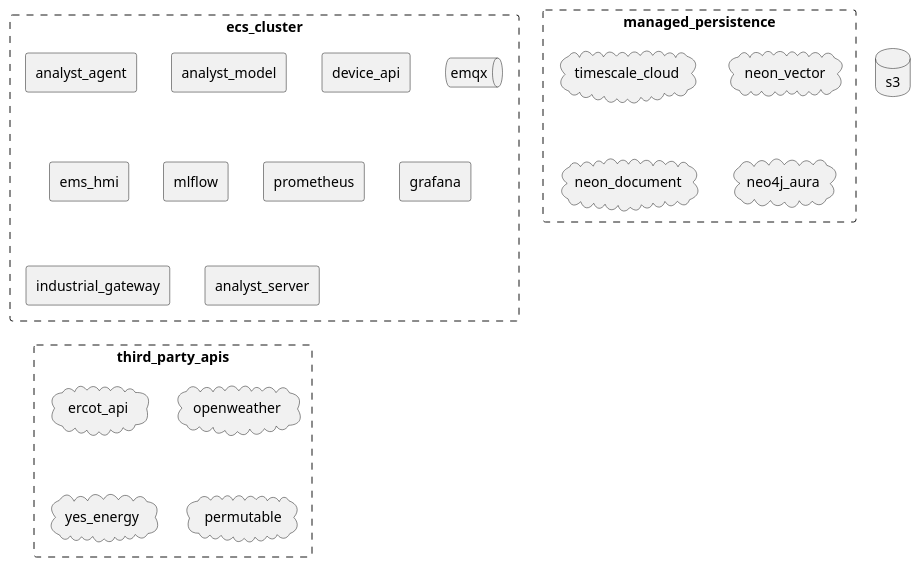
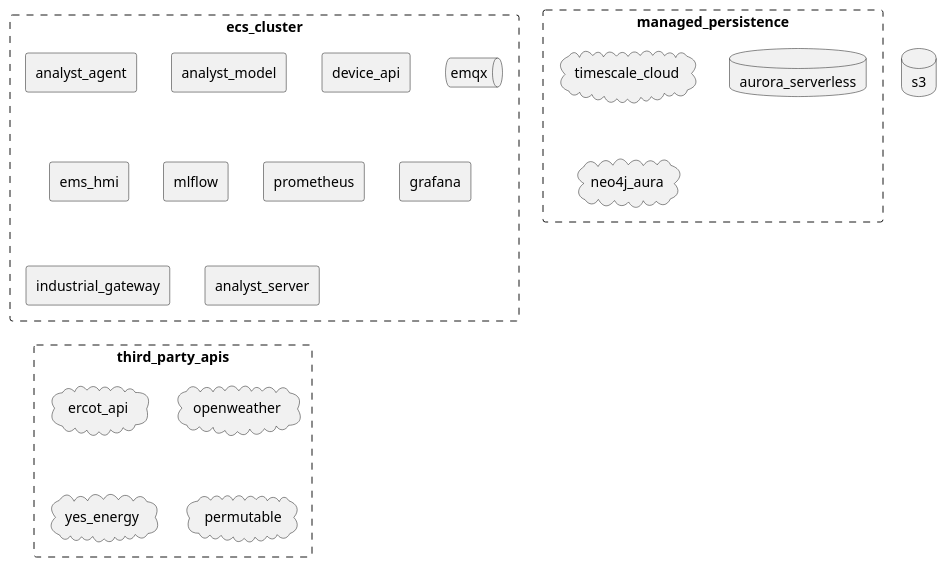
One commit to arcnode-io/ems changed the fourth of 6 diagrams in readme.md. Above: the diagram before and after it, drawn with PlantUML. The commit also changed 2 other files, not shown here.

Commit message:
📝 docs: ADR-004 cloud persistence provisioning + ADR-001 banner + readme diagram
ADR-004 codifies the OSS plug-and-play decision: replace Neon (doc+vector)
with Aurora serverless PG (pgvector ext); provision Tiger Cloud + Neo4j
Aura via inline CFN custom-resource Lambdas using vendor REST APIs.
ADR-001 §"Managed Postgres Service" rejection gets a banner noting the
partial supersession (doc+vector flipped; time-series rejection kept).
Cloud Deployment diagram swaps neon_vector + neon_document for one
aurora_serverless block.

````diff
--- a/readme.md
+++ b/readme.md
@@ -155,31 +155,30 @@
 ```plantuml
 rectangle ecs_cluster #line.dashed {
     rectangle analyst_agent
     rectangle analyst_model
     rectangle device_api
     queue emqx
     rectangle ems_hmi
     rectangle mlflow
     rectangle prometheus
     rectangle grafana
     rectangle industrial_gateway
     rectangle analyst_server
 }
 
 database s3
 
 rectangle managed_persistence #line.dashed {
-    cloud timescale_cloud 
-    cloud neon_vector
-    cloud neon_document
-    cloud neo4j_aura 
+    cloud timescale_cloud
+    database aurora_serverless
+    cloud neo4j_aura
 }
 
 rectangle third_party_apis #line.dashed {
     cloud ercot_api
     cloud openweather
     cloud yes_energy
     cloud permutable
 }
 
 ```
````
